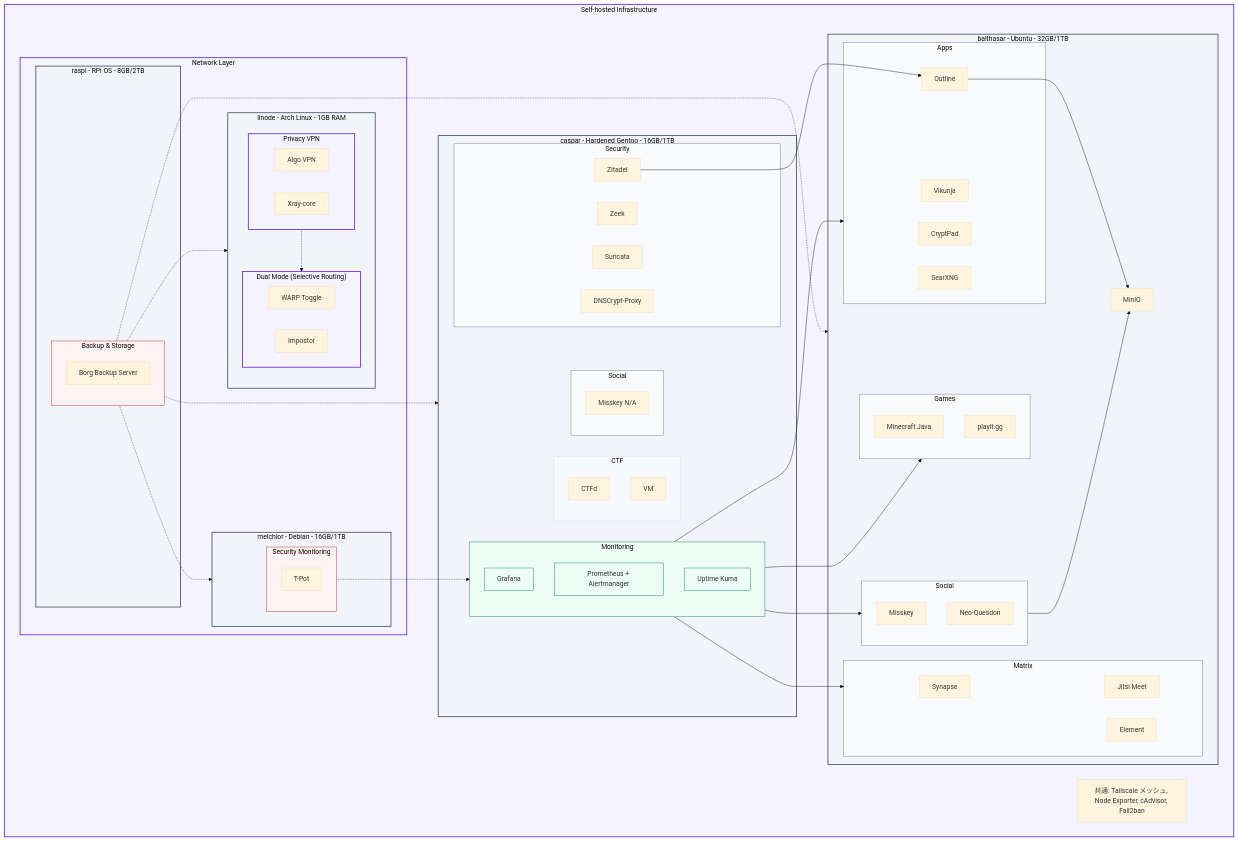
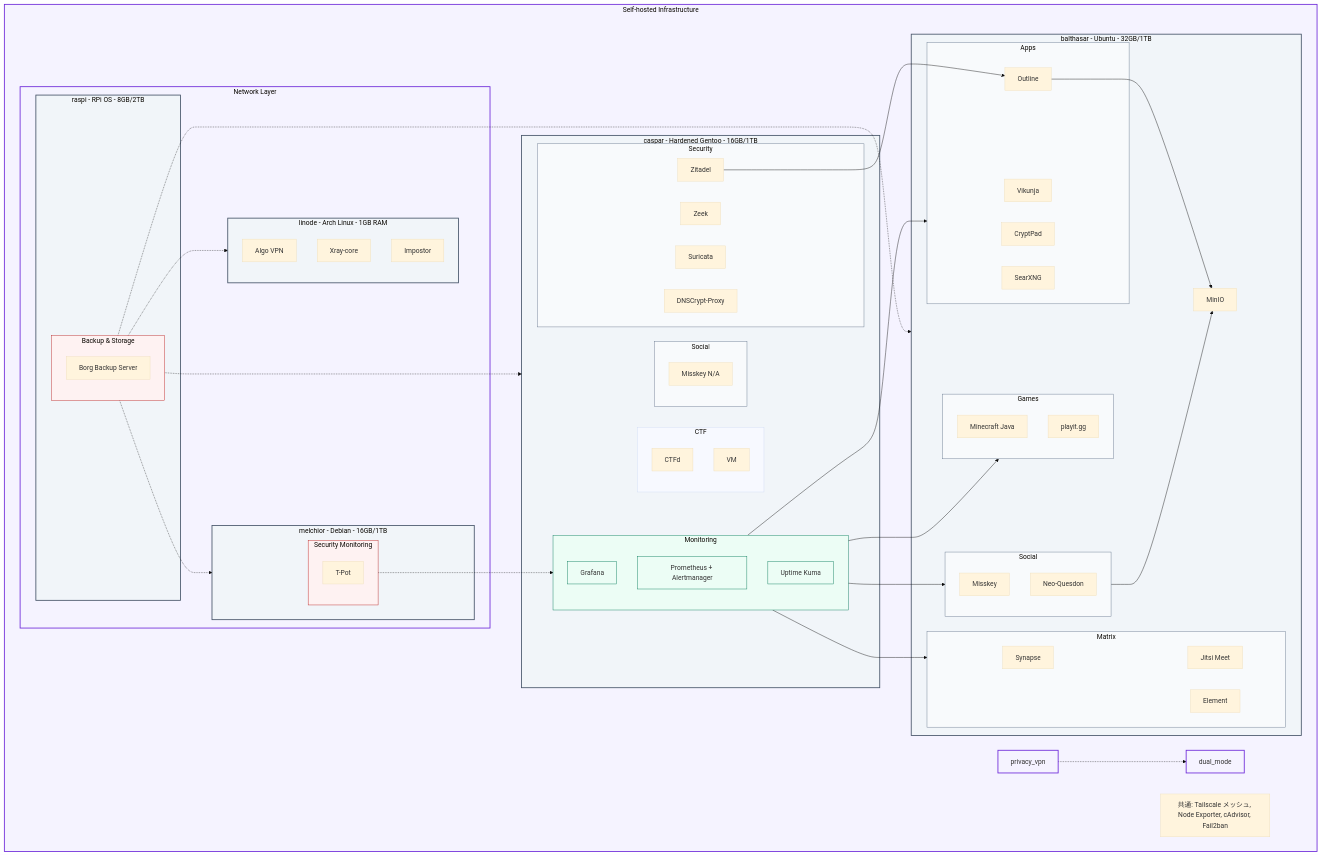
Before and after one commit to yamisskey-dev/hosted-list: the diagram in README.md, drawn with Mermaid (base theme).

```diff
--- a/README.md
+++ b/README.md
@@ -56,14 +56,9 @@
     
     subgraph network_layer[Network Layer]
         subgraph linode["linode - Arch Linux - 1GB RAM"]
-            subgraph privacy_vpn[Privacy VPN]
                 algo[Algo VPN]
                 xray[Xray-core]
-            end
-            subgraph dual_mode["Dual Mode (Selective Routing)"]
-                warp_toggle[WARP Toggle]
                 impostor[Impostor]
-            end
         end
         
         subgraph melchior[melchior - Debian - 16GB/1TB]
```
